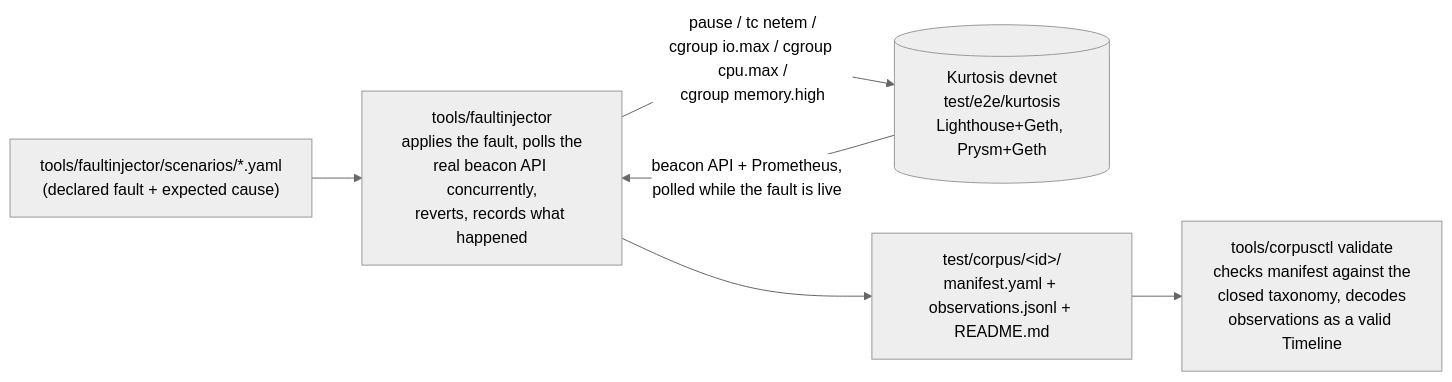
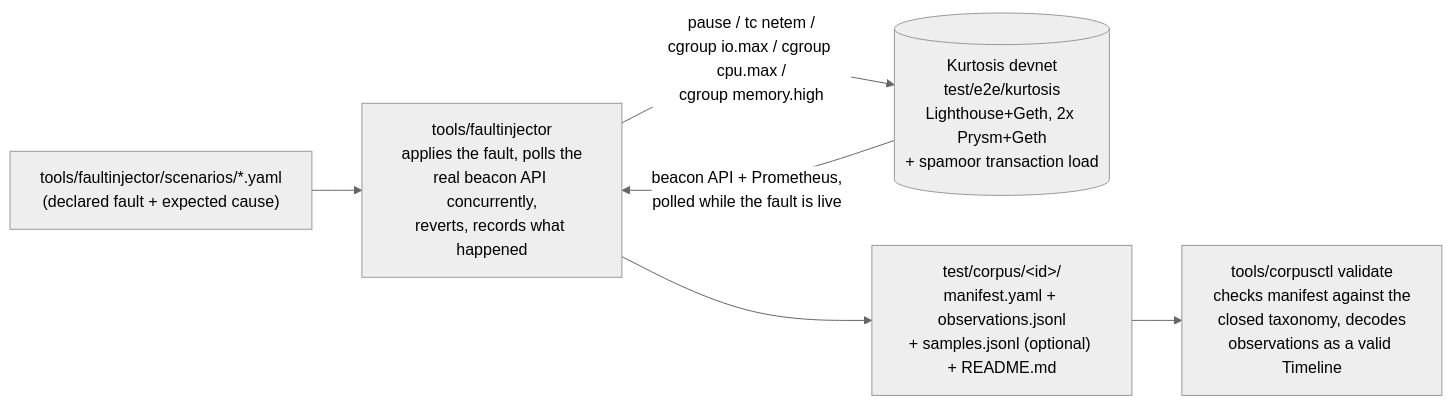
Before and after one commit to tiepnguyen-sg/whymiss: the second of 2 diagrams in docs/architecture.md, drawn with Mermaid (neutral theme). The commit also changed other lines of this file and 9 other files, not shown here.

````diff
--- a/docs/architecture.md
+++ b/docs/architecture.md
@@ -107,14 +107,14 @@
 ```mermaid
 flowchart LR
     yaml["tools/faultinjector/scenarios/*.yaml<br/>(declared fault + expected cause)"]
-    devnet[("Kurtosis devnet<br/>test/e2e/kurtosis<br/>Lighthouse+Geth, Prysm+Geth")]
+    devnet[("Kurtosis devnet<br/>test/e2e/kurtosis<br/>Lighthouse+Geth, 2x Prysm+Geth<br/>+ spamoor transaction load")]
     fi["tools/faultinjector<br/>applies the fault, polls the<br/>real beacon API concurrently,<br/>reverts, records what happened"]
-    corpus["test/corpus/&lt;id&gt;/<br/>manifest.yaml + observations.jsonl + README.md"]
+    corpus["test/corpus/&lt;id&gt;/<br/>manifest.yaml + observations.jsonl<br/>+ samples.jsonl (optional) + README.md"]
     ctl["tools/corpusctl validate<br/>checks manifest against the<br/>closed taxonomy, decodes<br/>observations as a valid Timeline"]
 
     yaml --> fi
     fi -->|"pause / tc netem /<br/>cgroup io.max / cgroup cpu.max /<br/>cgroup memory.high"| devnet
     devnet -->|"beacon API + Prometheus,<br/>polled while the fault is live"| fi
     fi --> corpus
     corpus --> ctl
 ```
````
